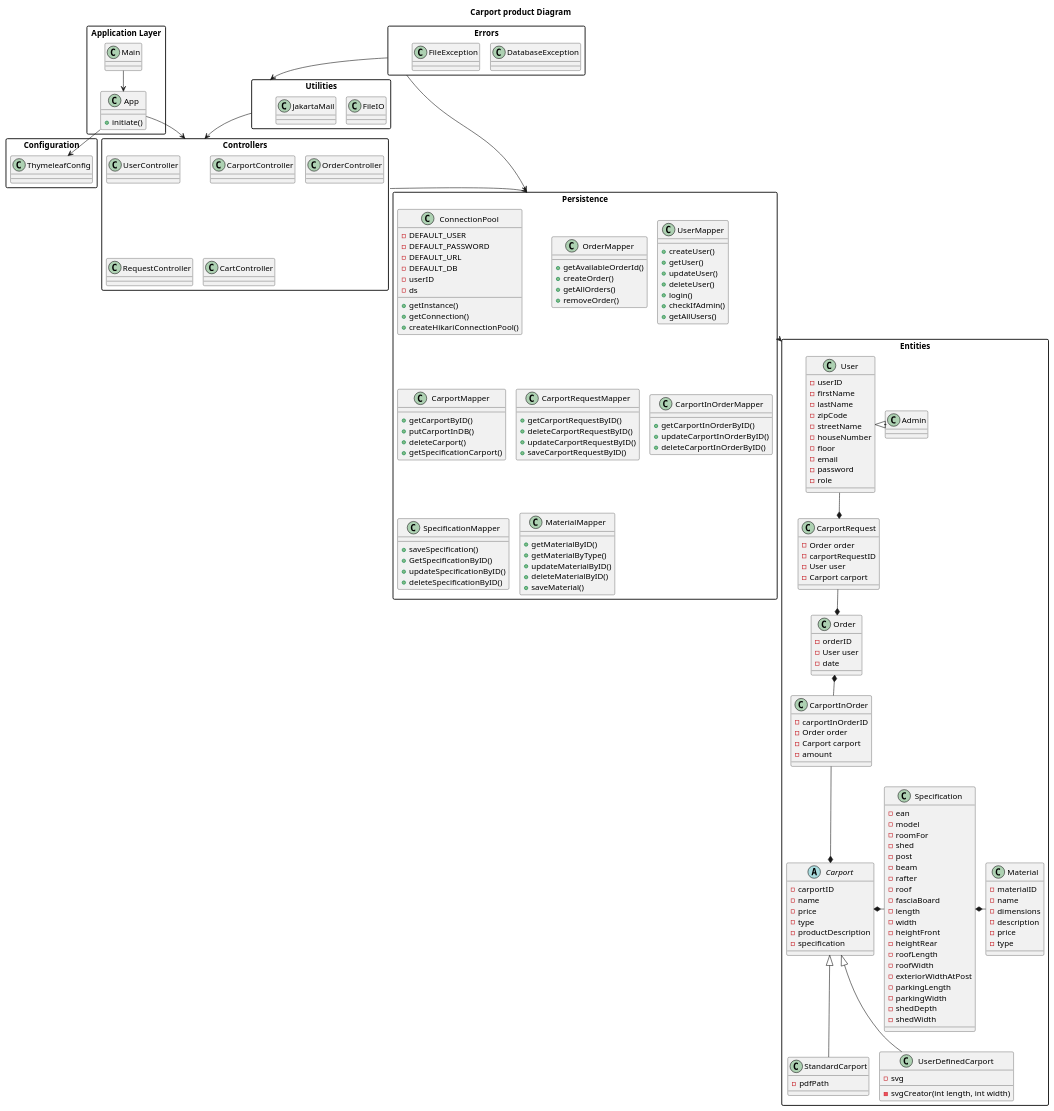
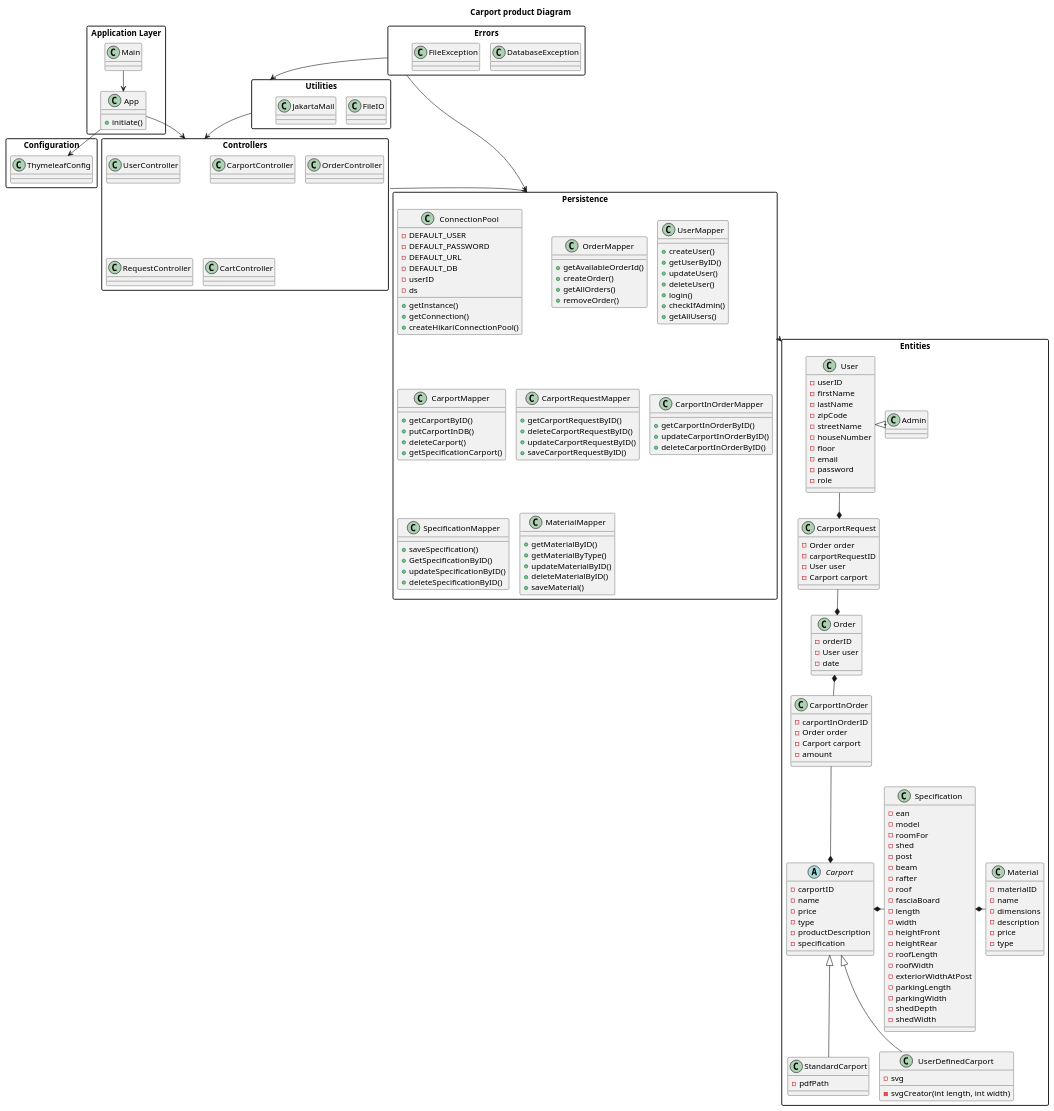
Before and after one commit to EmilXavierVT/fogCarport: the diagram in doc/initial_class_diagram.puml, drawn with PlantUML.

Commit message:
name refactor

```diff
--- a/doc/initial_class_diagram.puml
+++ b/doc/initial_class_diagram.puml
@@ -55,7 +55,7 @@
     class UserMapper
     {
     + createUser()
-    + getUser()
+    + getUserByID()
     + updateUser()
     + deleteUser()
     + login()
```
